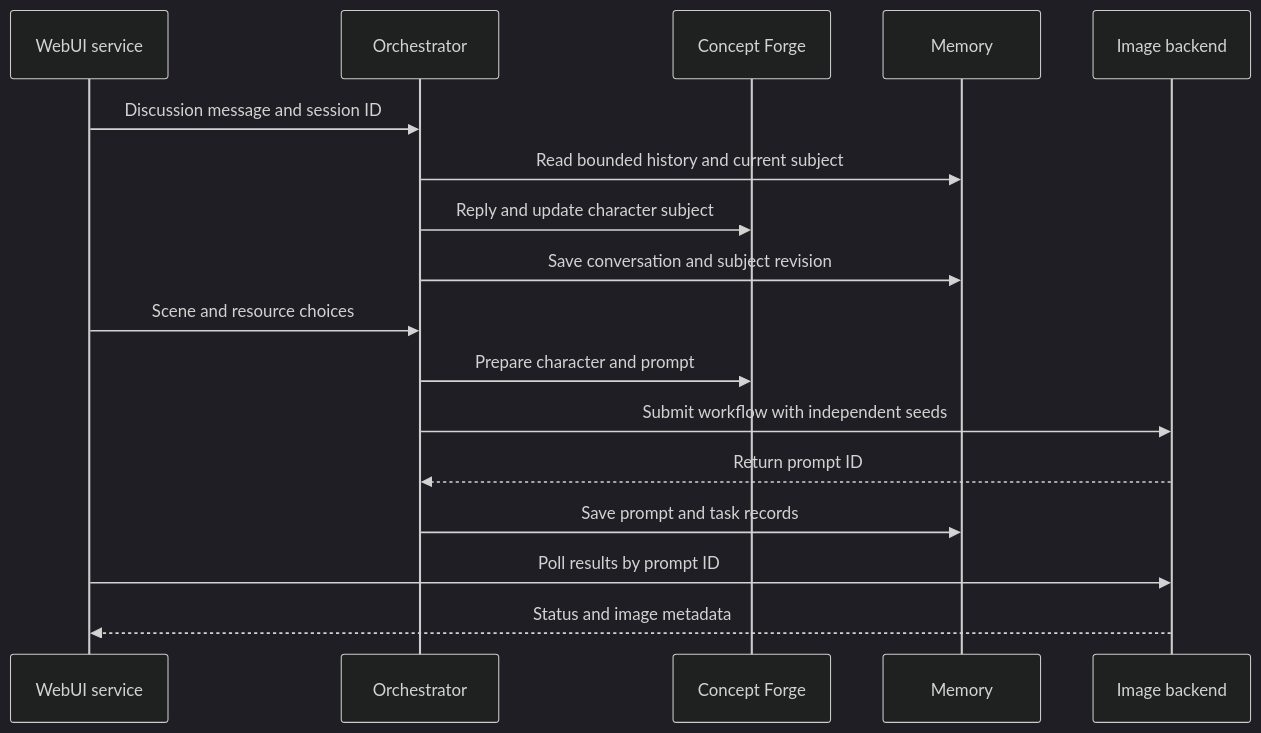
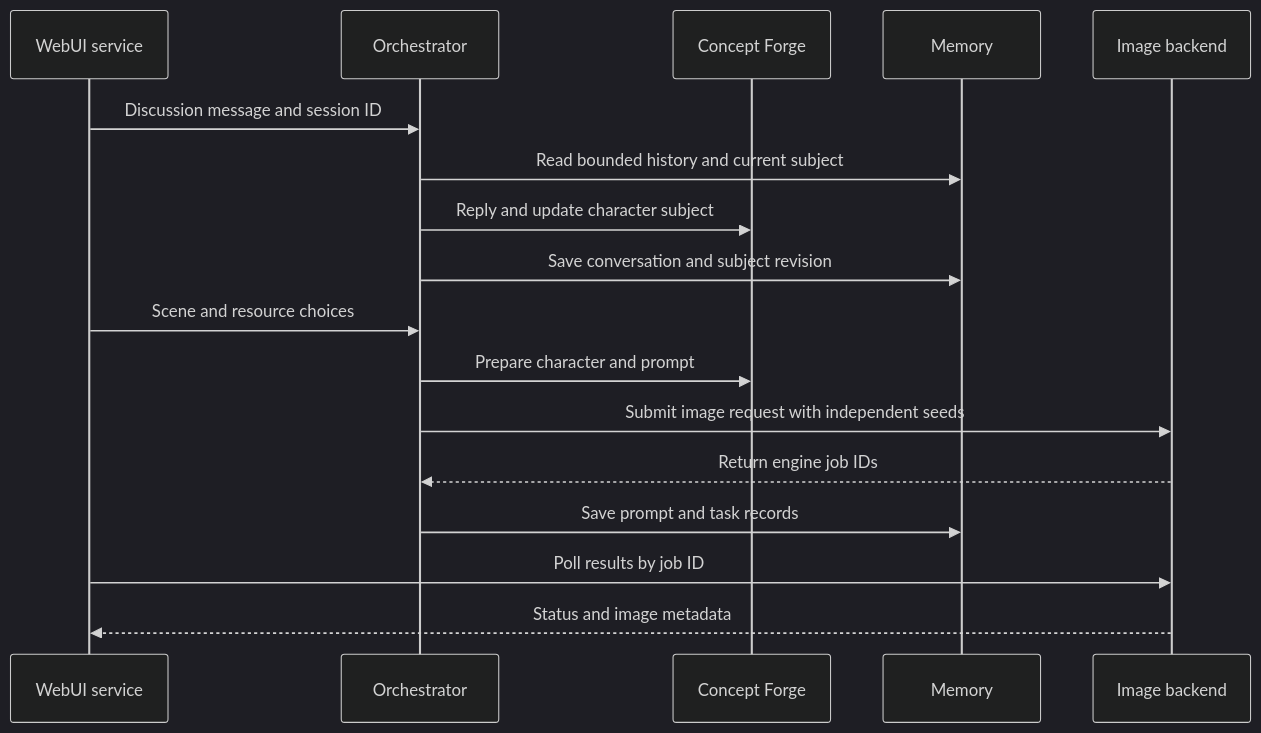
Before and after one commit to jhinforge/EverSpark-Forge: the diagram in Docs/Architecture.md, drawn with Mermaid (dark theme). The commit also changed other lines of this file and 11 other files, not shown here.

````diff
--- a/Docs/Architecture.md
+++ b/Docs/Architecture.md
@@ -21,19 +21,19 @@
 ```mermaid
 sequenceDiagram
     participant W as WebUI service
     participant O as Orchestrator
     participant C as Concept Forge
     participant M as Memory
     participant I as Image backend
     W->>O: Discussion message and session ID
     O->>M: Read bounded history and current subject
     O->>C: Reply and update character subject
     O->>M: Save conversation and subject revision
     W->>O: Scene and resource choices
     O->>C: Prepare character and prompt
-    O->>I: Submit workflow with independent seeds
-    I-->>O: Return prompt ID
+    O->>I: Submit image request with independent seeds
+    I-->>O: Return engine job IDs
     O->>M: Save prompt and task records
-    W->>I: Poll results by prompt ID
+    W->>I: Poll results by job ID
     I-->>W: Status and image metadata
 ```
````
